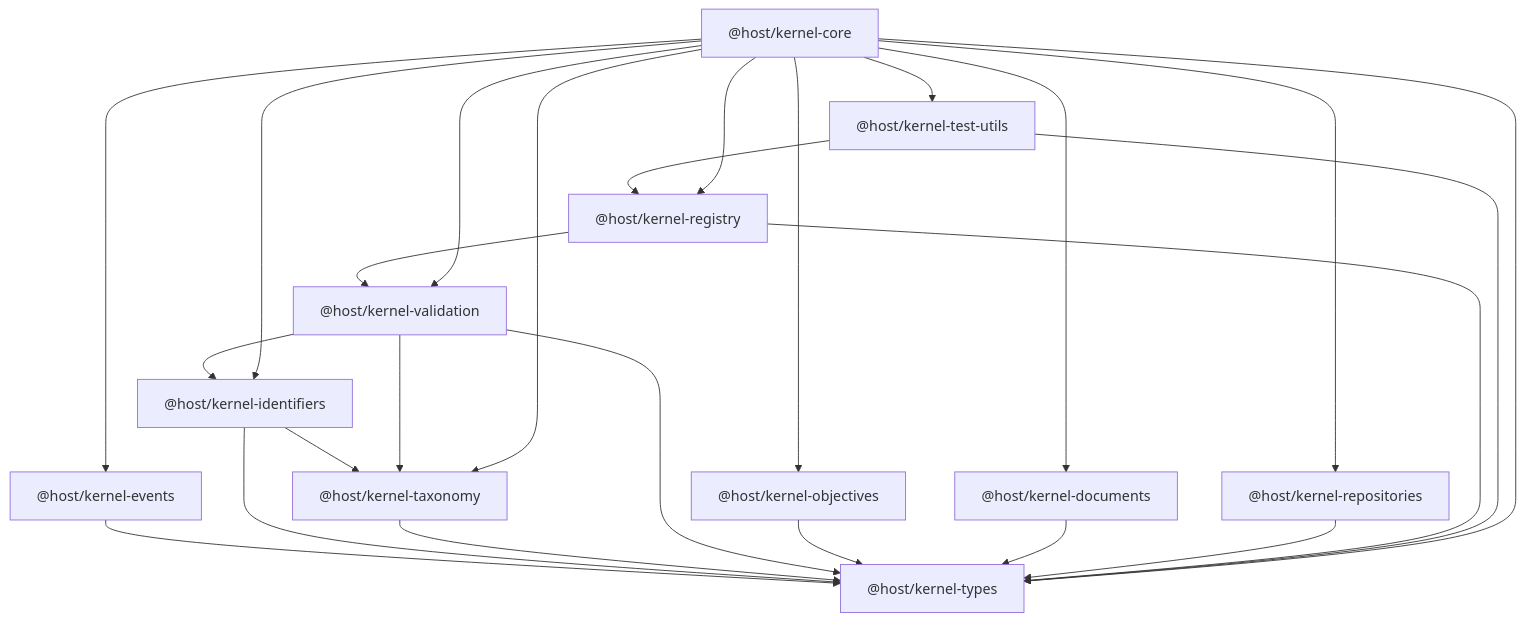
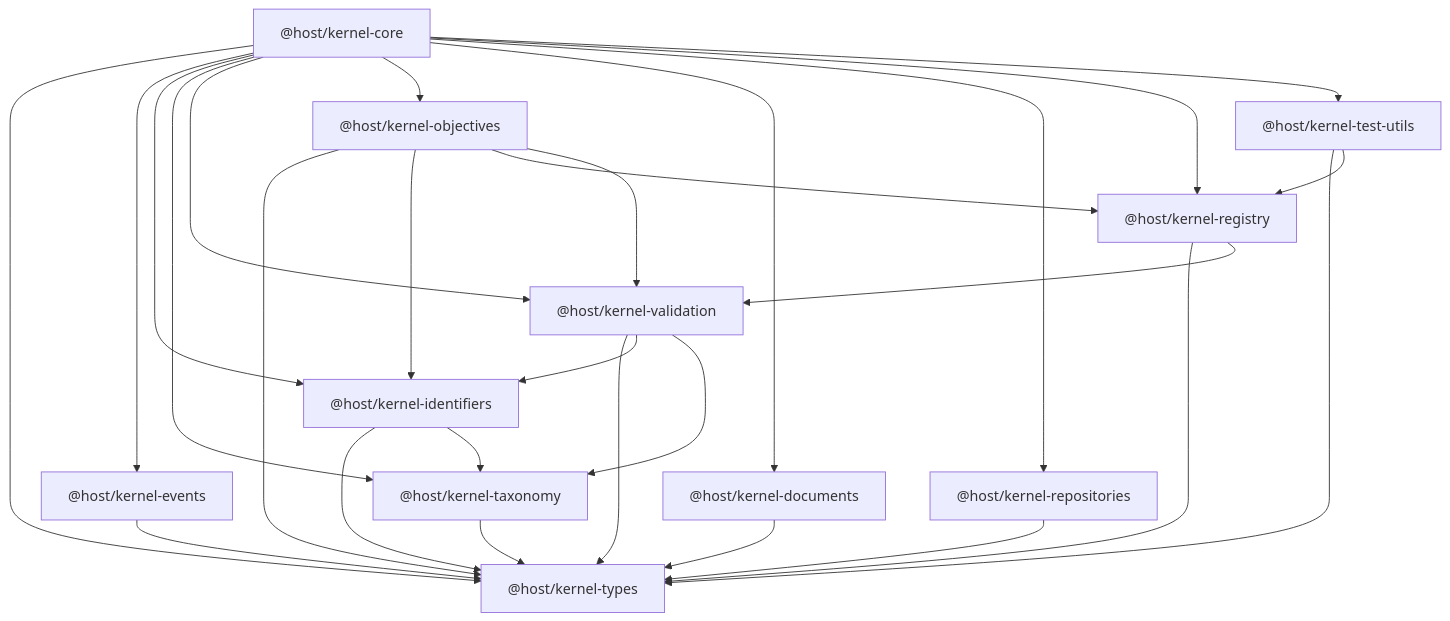
The diagram in docs/architecture/package-dependency-graph.md (captjreacher/HOST-kernel), drawn with Mermaid before and after one commit. The commit also changed 12 other files, not shown here.

````diff
--- a/docs/architecture/package-dependency-graph.md
+++ b/docs/architecture/package-dependency-graph.md
@@ -3,39 +3,42 @@
 ```mermaid
 graph TD
   KTypes["@host/kernel-types"]
   KEvents["@host/kernel-events"]
   KIdentifiers["@host/kernel-identifiers"]
   KTaxonomy["@host/kernel-taxonomy"]
   KValidation["@host/kernel-validation"]
   KObjectives["@host/kernel-objectives"]
   KDocuments["@host/kernel-documents"]
   KRepositories["@host/kernel-repositories"]
   KRegistry["@host/kernel-registry"]
   KTestUtils["@host/kernel-test-utils"]
   KCore["@host/kernel-core"]
 
   KEvents --> KTypes
   KIdentifiers --> KTypes
   KIdentifiers --> KTaxonomy
   KTaxonomy --> KTypes
   KValidation --> KTypes
   KValidation --> KIdentifiers
   KValidation --> KTaxonomy
   KObjectives --> KTypes
+  KObjectives --> KIdentifiers
+  KObjectives --> KRegistry
+  KObjectives --> KValidation
   KDocuments --> KTypes
   KRepositories --> KTypes
   KRegistry --> KTypes
   KRegistry --> KValidation
   KTestUtils --> KTypes
   KTestUtils --> KRegistry
   KCore --> KTypes
   KCore --> KEvents
   KCore --> KIdentifiers
   KCore --> KTaxonomy
   KCore --> KValidation
   KCore --> KObjectives
   KCore --> KDocuments
   KCore --> KRepositories
   KCore --> KRegistry
   KCore --> KTestUtils
 ```
````
